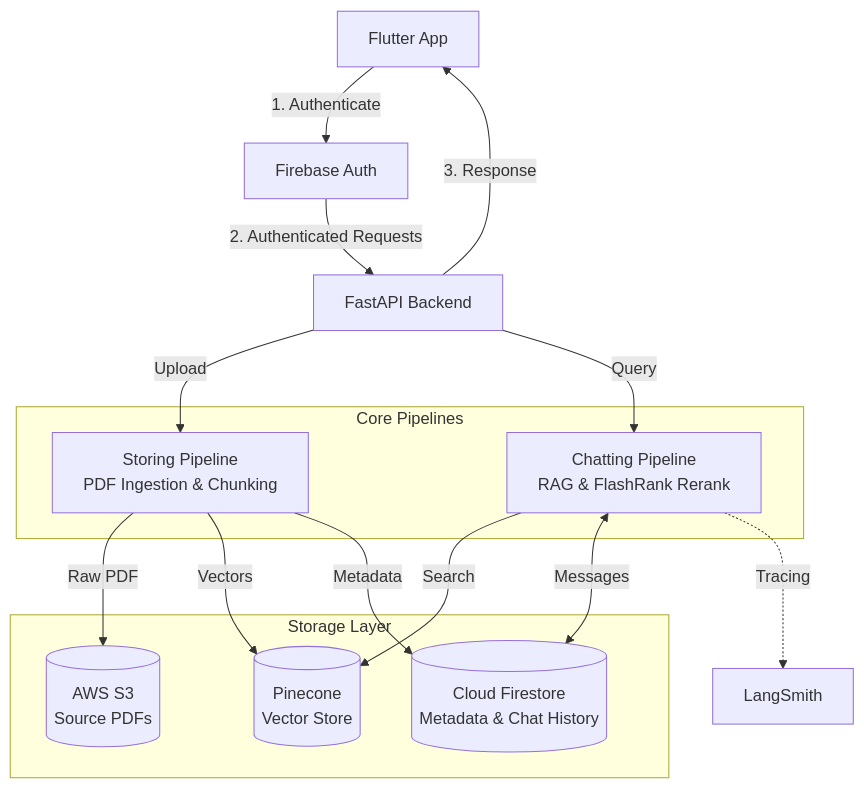
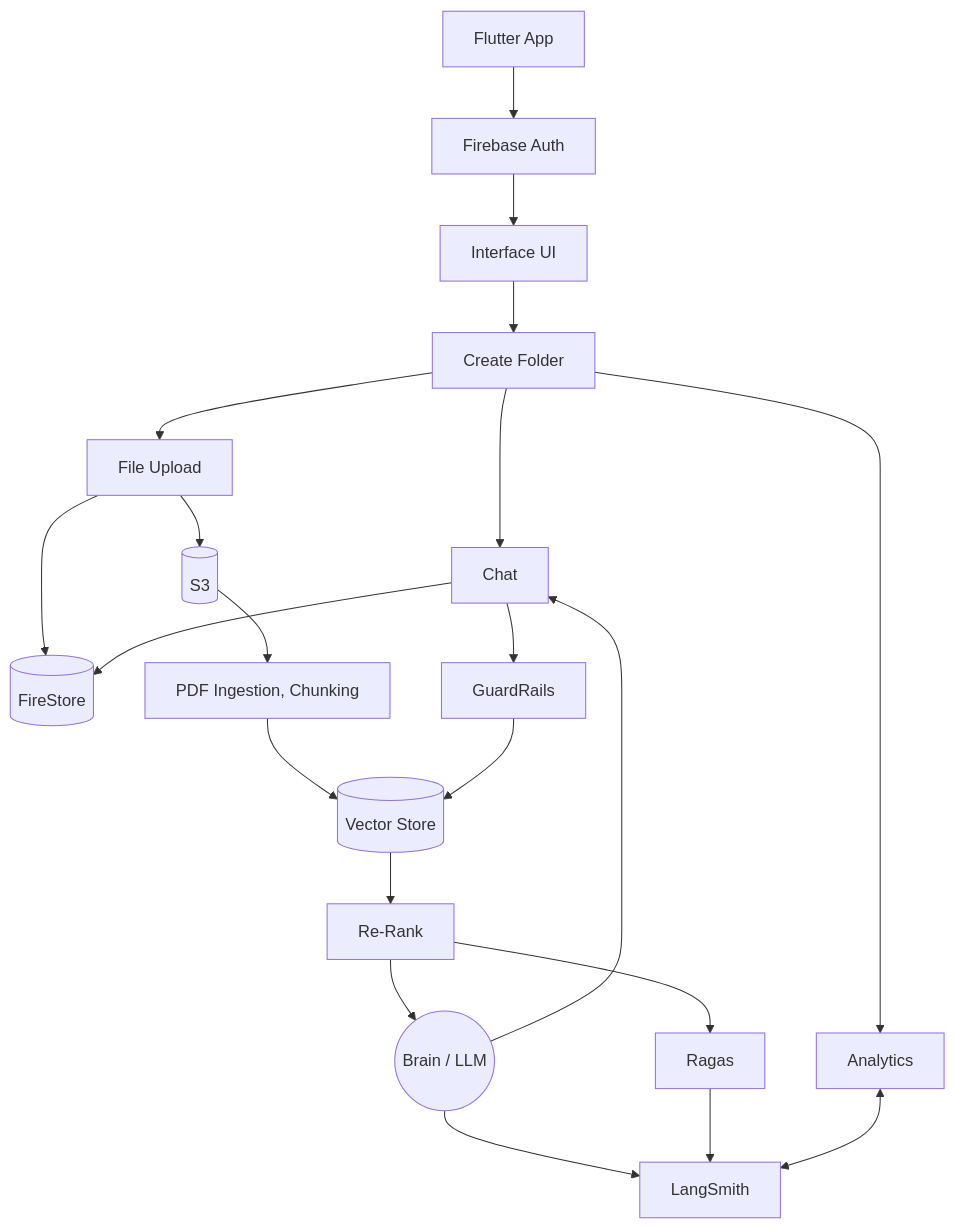
Before and after one commit to JugalBrahma/server: the diagram in README.md, drawn with Mermaid. The commit also changed other lines of this file, not shown here.

````diff
--- a/README.md
+++ b/README.md
@@ -63,28 +63,31 @@
 ```mermaid
 flowchart TD
-    App[Flutter App] -->|1. Authenticate| Auth[Firebase Auth]
-    Auth -->|2. Authenticated Requests| API[FastAPI Backend]
+    App[Flutter App] --> Auth[Firebase Auth]
+    Auth --> UI[Interface UI]
+    UI --> Folder[Create Folder]
 
-    subgraph Flows [Core Pipelines]
-        Storing[Storing Pipeline\nPDF Ingestion & Chunking]
-        Chatting[Chatting Pipeline\nRAG & FlashRank Rerank]
-    end
+    %% Three Main Workflows
+    Folder --> Chat[Chat]
+    Folder --> Analytics[Analytics]
+    Folder --> Upload[File Upload]
 
-    subgraph Storage [Storage Layer]
-        Firestore[(Cloud Firestore\nMetadata & Chat History)]
-        S3[(AWS S3\nSource PDFs)]
-        Pinecone[(Pinecone\nVector Store)]
-    end
+    %% File Upload Pipeline
+    Upload --> S3[(S3)]
+    Upload --> Firestore[(FireStore)]
+    S3 --> Chunking[PDF Ingestion, Chunking]
+    Chunking --> VectorStore[(Vector Store)]
 
-    API -->|Upload| Storing
-    Storing -->|Raw PDF| S3
-    Storing -->|Vectors| Pinecone
-    Storing -->|Metadata| Firestore
+    %% Chat & RAG Pipeline
+    Chat --> GuardRails[GuardRails]
+    Chat --> Firestore
+    GuardRails --> VectorStore
+    VectorStore --> ReRank[Re-Rank]
+    ReRank --> LLM((Brain / LLM))
+    LLM --> Chat
 
-    API -->|Query| Chatting
-    Chatting -->|Search| Pinecone
-    Chatting <-->|Messages| Firestore
-    Chatting -.->|Tracing| LangSmith[LangSmith]
-
-    API -->|3. Response| App
+    %% Analytics & Observability
+    LLM --> LangSmith[LangSmith]
+    ReRank --> Ragas[Ragas]
+    Ragas --> LangSmith
+    Analytics <--> LangSmith
 ```
````
